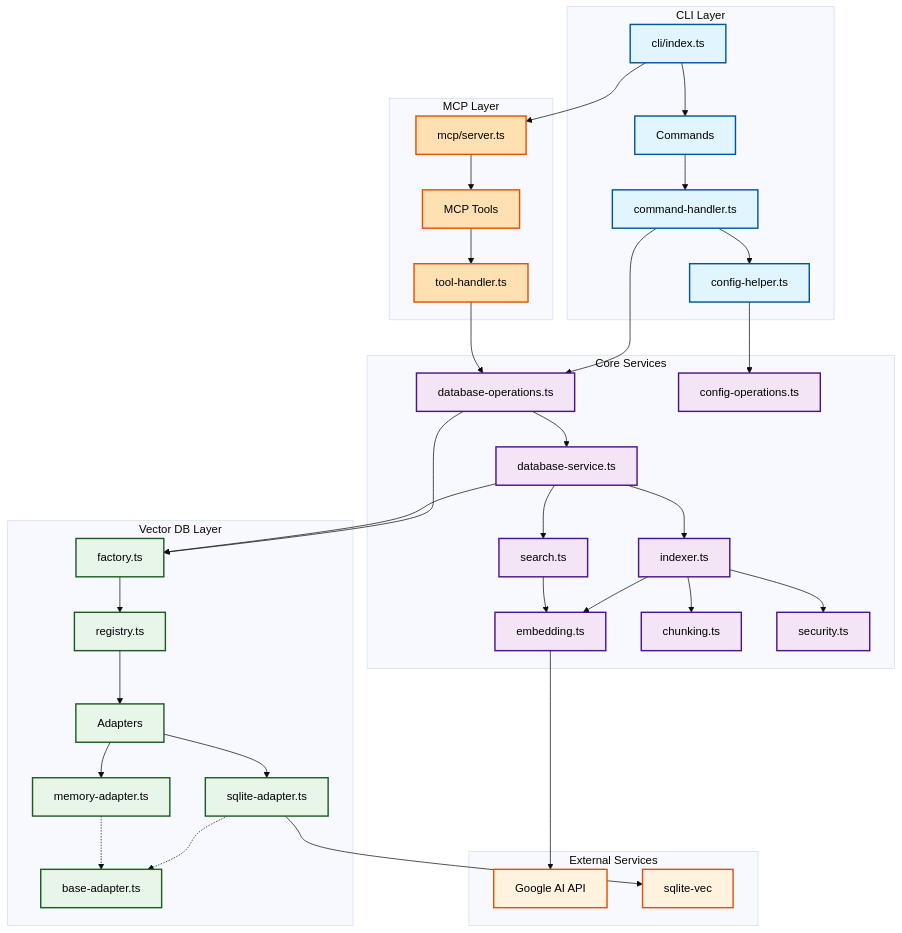
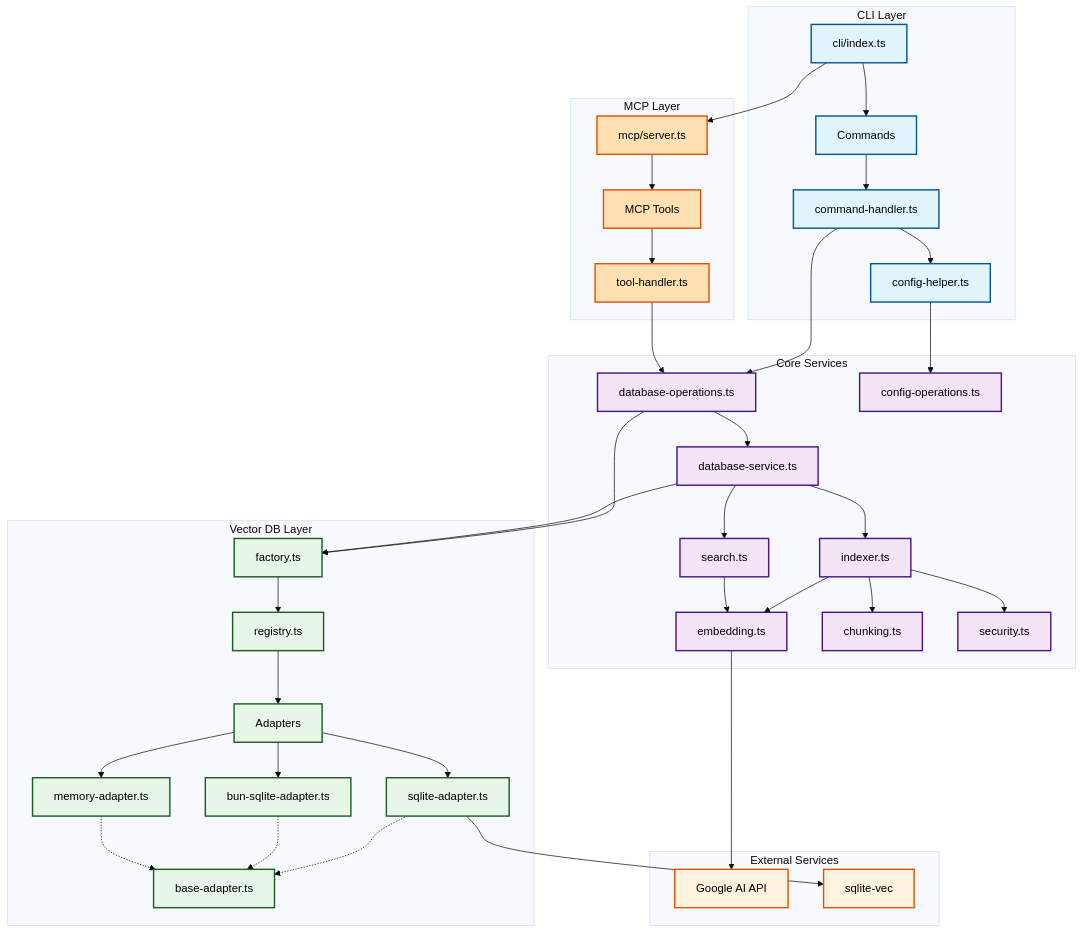
One commit to ushironoko/ragist changed the diagram in README.md. Above: the diagram before and after it, drawn with Mermaid (base theme). The commit also changed other lines of this file and 6 other files, not shown here.

````diff
--- a/README.md
+++ b/README.md
@@ -391,6 +440,7 @@
         Registry[registry.ts]
         Adapters[Adapters]
         SQLiteAdapter[sqlite-adapter.ts]
+        BunSQLiteAdapter[bun-sqlite-adapter.ts]
         MemoryAdapter[memory-adapter.ts]
         BaseAdapter[base-adapter.ts]
     end
@@ -428,8 +478,10 @@
     Factory --> Registry
     Registry --> Adapters
     Adapters --> SQLiteAdapter
+    Adapters --> BunSQLiteAdapter
     Adapters --> MemoryAdapter
     SQLiteAdapter -.-> BaseAdapter
+    BunSQLiteAdapter -.-> BaseAdapter
     MemoryAdapter -.-> BaseAdapter
 
     %% External connections
@@ -446,6 +498,6 @@
     class CLI,Commands,CommandHandler,ConfigHelper cli
     class MCPServer,MCPTools,ToolHandler mcp
     class DatabaseOps,DatabaseService,ConfigOps,Indexer,Search,Embedding,Chunking,Security core
-    class Factory,Registry,Adapters,SQLiteAdapter,MemoryAdapter,BaseAdapter db
+    class Factory,Registry,Adapters,SQLiteAdapter,BunSQLiteAdapter,MemoryAdapter,BaseAdapter db
     class GoogleAI,SQLiteVec external
 ```
````
